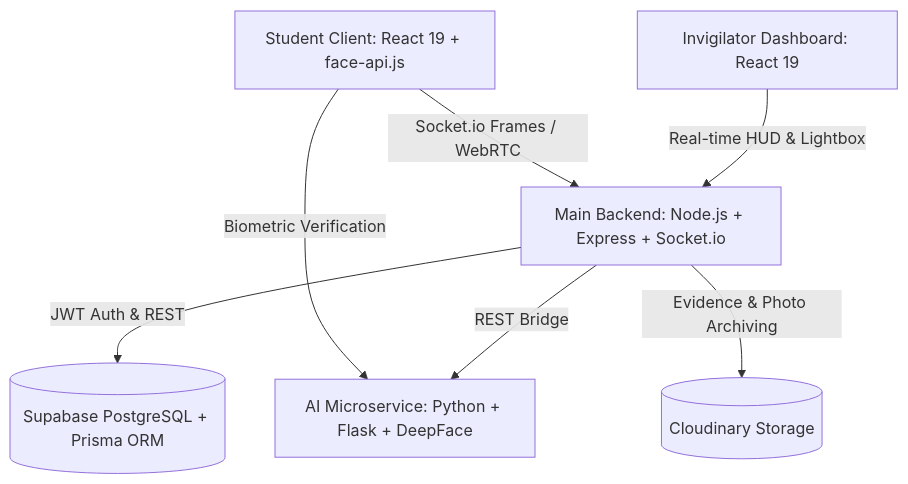
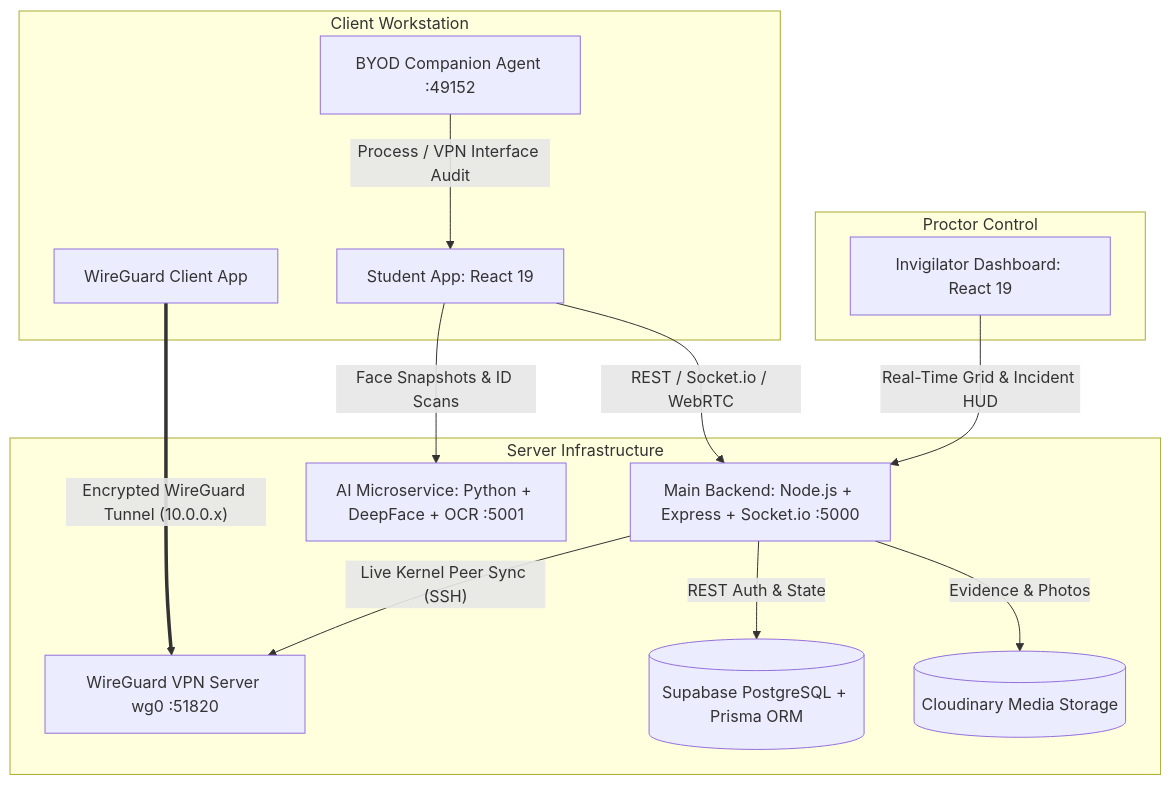
One commit to SudeepKagi/online-exam-proctoring changed the diagram in README.md. Above: the diagram before and after it, drawn with Mermaid. The commit also changed other lines of this file and 5 other files, not shown here.

Commit message:
docs: update README with WireGuard architecture and clean up obsolete documentation files

````diff
--- a/README.md
+++ b/README.md
@@ -21,22 +19,33 @@
 ```mermaid
 graph TD
-    %% Clients
-    Student[Student Client: React 19 + face-api.js]
-    Invigilator[Invigilator Dashboard: React 19]
-    
-    %% API Gateways & Servers
-    NodeServer[Main Backend: Node.js + Express + Socket.io]
-    AIService[AI Microservice: Python + Flask + DeepFace]
-    
-    %% Storage
-    DB[(Supabase PostgreSQL + Prisma ORM)]
-    Cloudinary[(Cloudinary Storage)]
-    
-    %% Flow Connections
-    Student -- Socket.io Frames / WebRTC --> NodeServer
-    Student -- Biometric Verification --> AIService
-    Invigilator -- Real-time HUD & Lightbox --> NodeServer
-    NodeServer -- JWT Auth & REST --> DB
-    NodeServer -- REST Bridge --> AIService
-    NodeServer -- Evidence & Photo Archiving --> Cloudinary
+    %% Client Tier
+    subgraph Client Workstation
+        Student[Student App: React 19]
+        WGClient[WireGuard Client App]
+        Agent[BYOD Companion Agent :49152]
+    end
+
+    %% Invigilator Tier
+    subgraph Proctor Control
+        Invigilator[Invigilator Dashboard: React 19]
+    end
+
+    %% Cloud & Server Tier
+    subgraph Server Infrastructure
+        NodeServer[Main Backend: Node.js + Express + Socket.io :5000]
+        AIService[AI Microservice: Python + DeepFace + OCR :5001]
+        WGServer[WireGuard VPN Server wg0 :51820]
+        DB[(Supabase PostgreSQL + Prisma ORM)]
+        Cloudinary[(Cloudinary Media Storage)]
+    end
+
+    %% Connections
+    Student -- REST / Socket.io / WebRTC --> NodeServer
+    Student -- Face Snapshots & ID Scans --> AIService
+    Agent -- Process / VPN Interface Audit --> Student
+    WGClient == Encrypted WireGuard Tunnel (10.0.0.x) ==> WGServer
+    NodeServer -- Live Kernel Peer Sync (SSH) --> WGServer
+    NodeServer -- REST Auth & State --> DB
+    NodeServer -- Evidence & Photos --> Cloudinary
+    Invigilator -- Real-Time Grid & Incident HUD --> NodeServer
 ```
````
